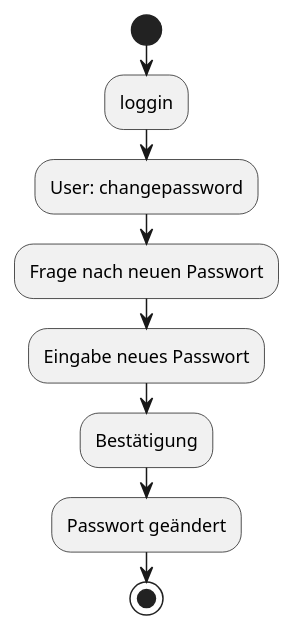
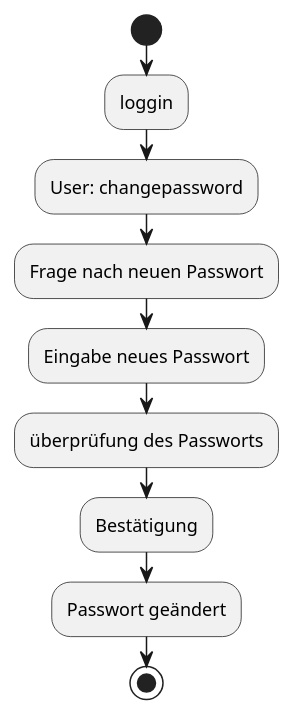
One commit to HEBK-BGM/Verwaltungssoftware_Team_4 changed the diagram in Docs/Pflichtenheft/Diagramme/Funktion_changepassword.iuml. Above: the diagram before and after it, drawn with PlantUML. The commit also changed 2 other files, not shown here.

```diff
--- a/Docs/Pflichtenheft/Diagramme/Funktion_changepassword.iuml
+++ b/Docs/Pflichtenheft/Diagramme/Funktion_changepassword.iuml
@@ -1,10 +1,11 @@
 @startuml
 start
 :loggin;
 :User: changepassword;
 :Frage nach neuen Passwort;
 :Eingabe neues Passwort;
+:überprüfung des Passworts;
 :Bestätigung;
 :Passwort geändert;
 stop
 @enduml
```
